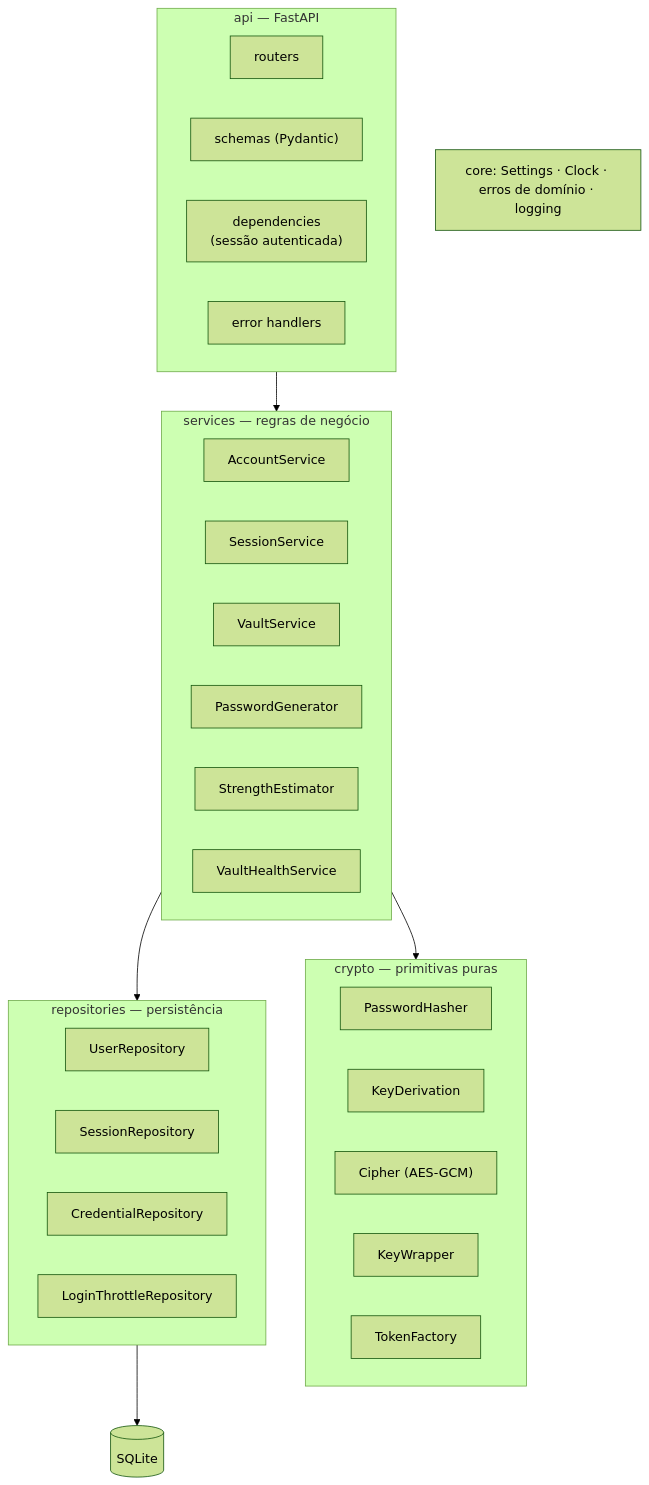
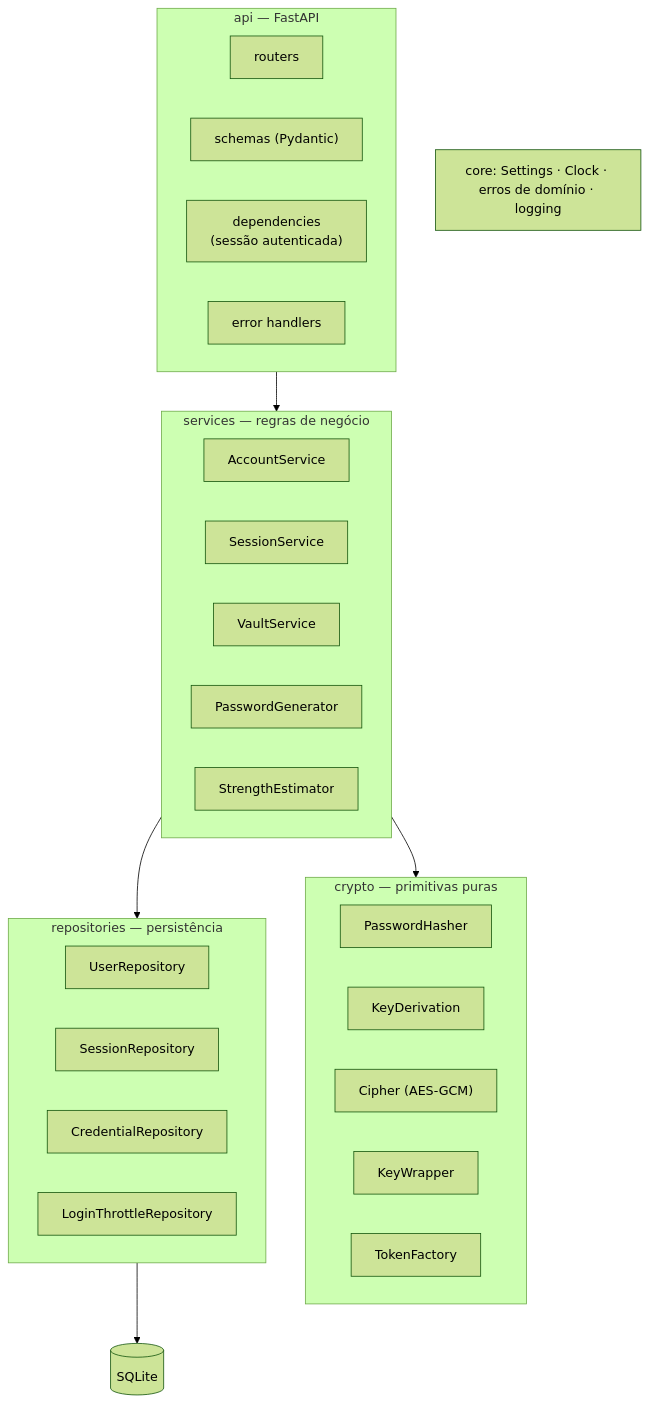
Before and after one commit to GuidaGaita/bootcamp: the second of 5 diagrams in docs/03-arquitetura.md, drawn with Mermaid (forest theme). The commit also changed other lines of this file and 14 other files, not shown here.

````diff
--- a/docs/03-arquitetura.md
+++ b/docs/03-arquitetura.md
@@ -24,35 +24,34 @@
 ```mermaid
 flowchart TB
   subgraph api["api — FastAPI"]
     R["routers"]
     SC["schemas (Pydantic)"]
     DP["dependencies<br/>(sessão autenticada)"]
     EH["error handlers"]
   end
   subgraph services["services — regras de negócio"]
     AS["AccountService"]
     SS["SessionService"]
     VS["VaultService"]
     PG["PasswordGenerator"]
     SE["StrengthEstimator"]
-    HR["VaultHealthService"]
   end
   subgraph crypto["crypto — primitivas puras"]
     PH["PasswordHasher"]
     KD["KeyDerivation"]
     CI["Cipher (AES-GCM)"]
     KW["KeyWrapper"]
     TF["TokenFactory"]
   end
   subgraph repositories["repositories — persistência"]
     UR["UserRepository"]
     SR["SessionRepository"]
     CR["CredentialRepository"]
     LT["LoginThrottleRepository"]
   end
   CORE["core: Settings · Clock · erros de domínio · logging"]
   api --> services
   services --> crypto
   services --> repositories
   repositories --> DB[("SQLite")]
 ```
````
